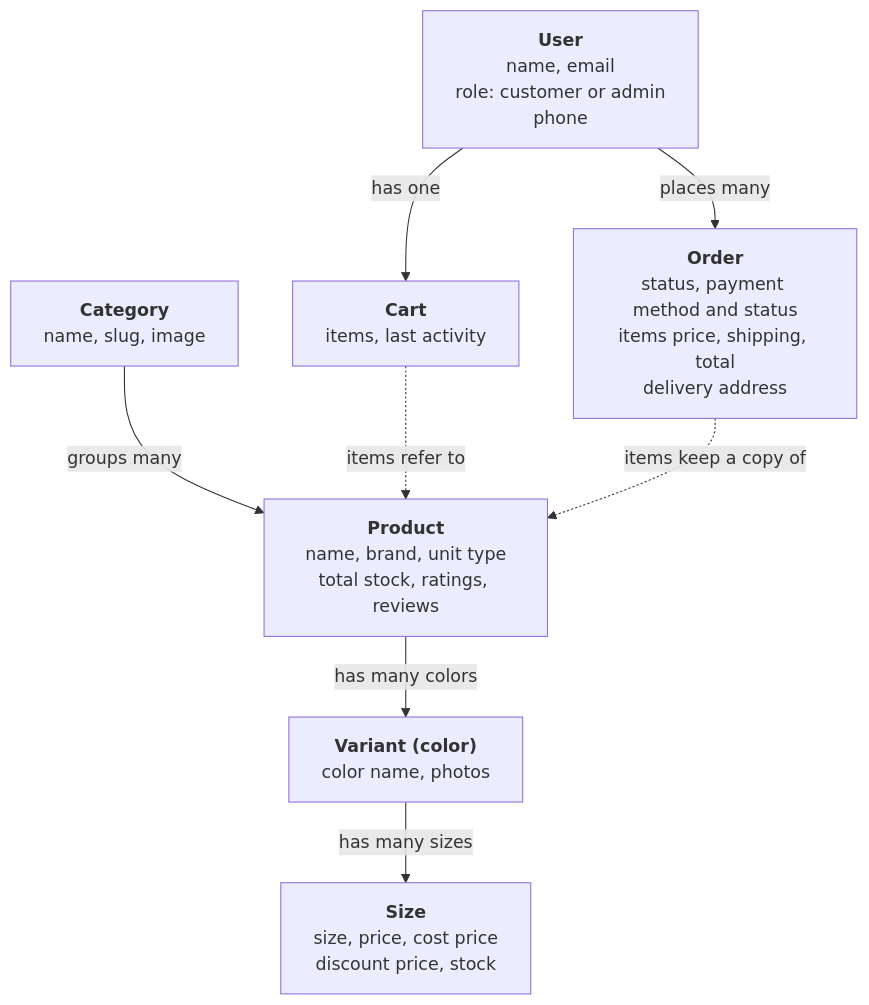
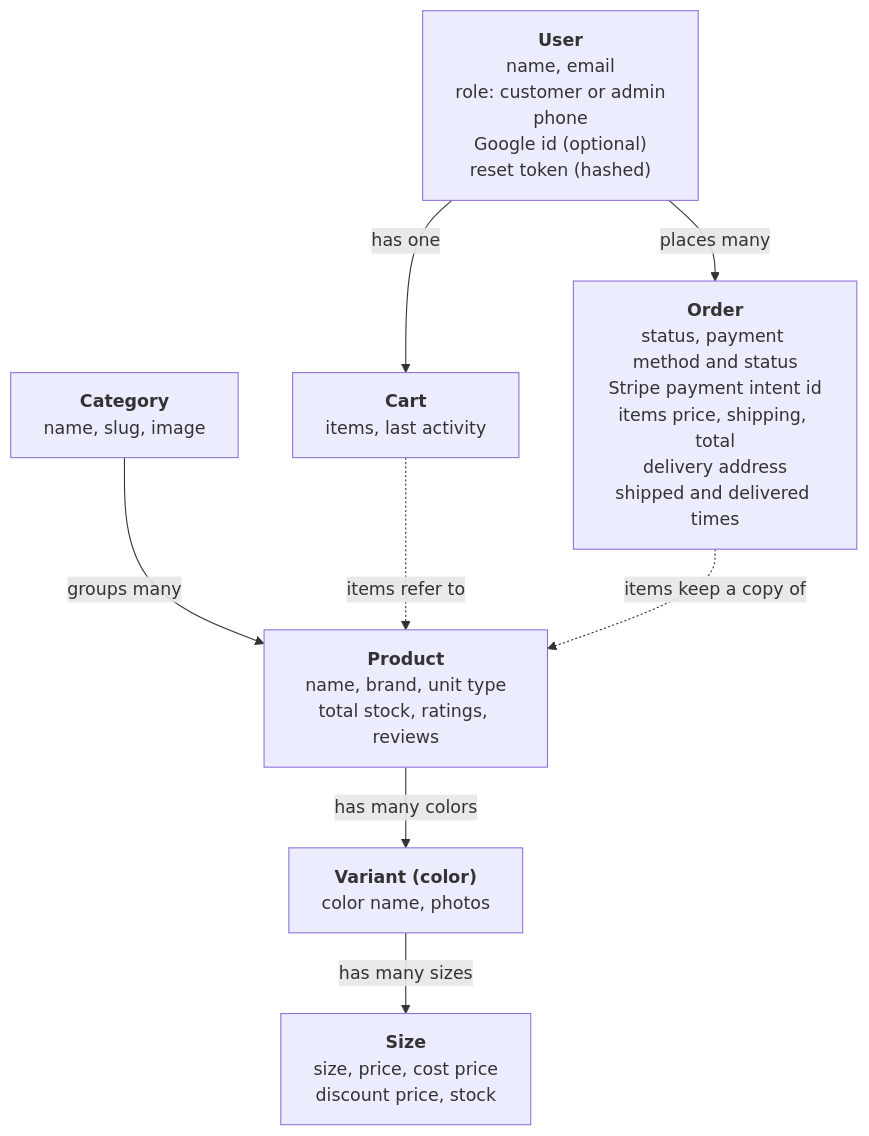
One commit to bilawal-tech/bazaaro changed the eighth of 8 diagrams in README.md. Above: the diagram before and after it, drawn with Mermaid. The commit also changed other lines of this file and 24 other files, not shown here.

````diff
--- a/README.md
+++ b/README.md
@@ -157,18 +267,18 @@
 ```mermaid
 flowchart TB
-    USER["<b>User</b><br/>name, email<br/>role: customer or admin<br/>phone"]
+    USER["<b>User</b><br/>name, email<br/>role: customer or admin<br/>phone<br/>Google id (optional)<br/>reset token (hashed)"]
     CART["<b>Cart</b><br/>items, last activity"]
-    ORDER["<b>Order</b><br/>status, payment method and status<br/>items price, shipping, total<br/>delivery address"]
+    ORDER["<b>Order</b><br/>status, payment method and status<br/>Stripe payment intent id<br/>items price, shipping, total<br/>delivery address<br/>shipped and delivered times"]
     CATEGORY["<b>Category</b><br/>name, slug, image"]
     PRODUCT["<b>Product</b><br/>name, brand, unit type<br/>total stock, ratings, reviews"]
     VARIANT["<b>Variant (color)</b><br/>color name, photos"]
     SIZE["<b>Size</b><br/>size, price, cost price<br/>discount price, stock"]
 
     USER -- "has one" --> CART
     USER -- "places many" --> ORDER
     CATEGORY -- "groups many" --> PRODUCT
     PRODUCT -- "has many colors" --> VARIANT
     VARIANT -- "has many sizes" --> SIZE
     CART -. "items refer to" .-> PRODUCT
     ORDER -. "items keep a copy of" .-> PRODUCT
 ```
````
